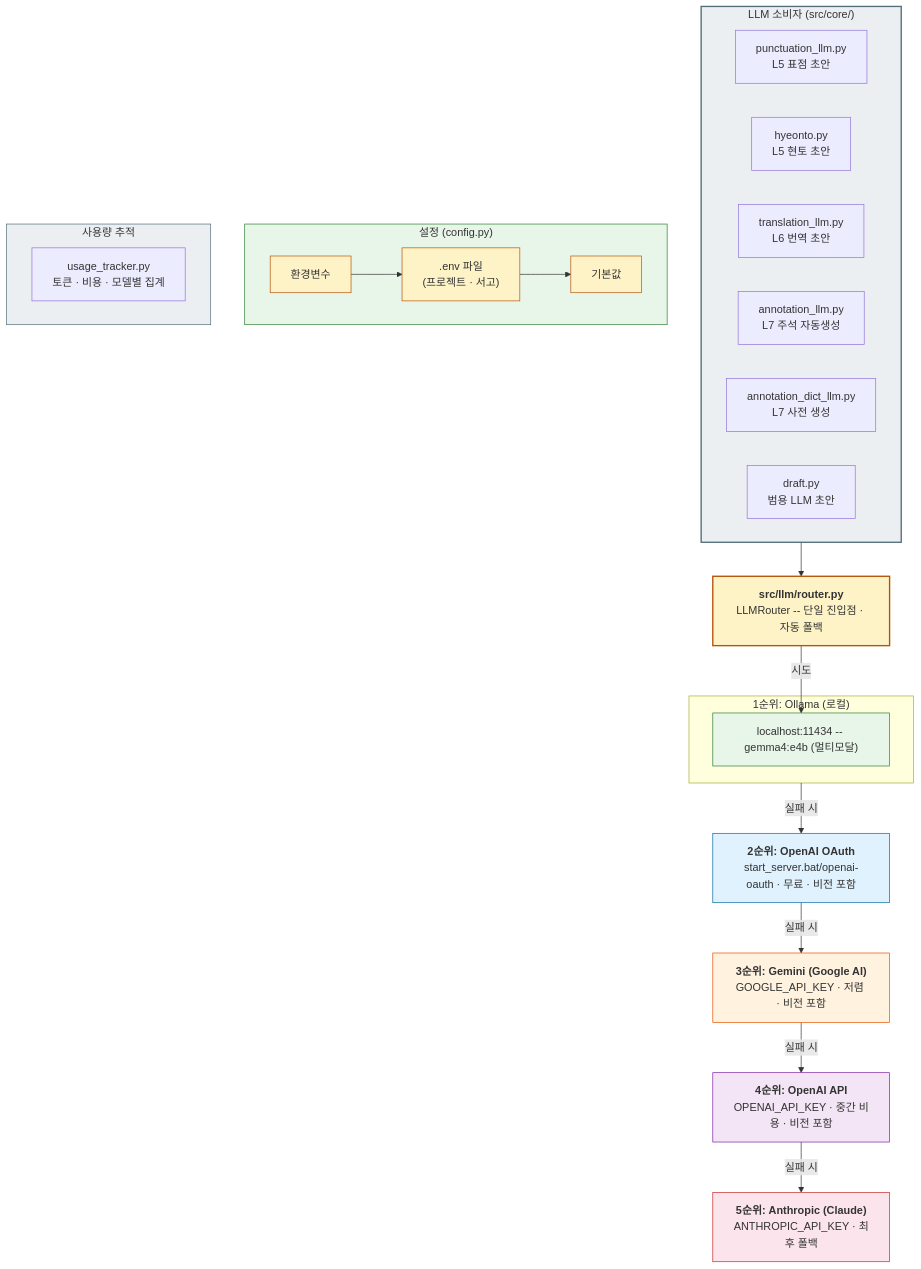
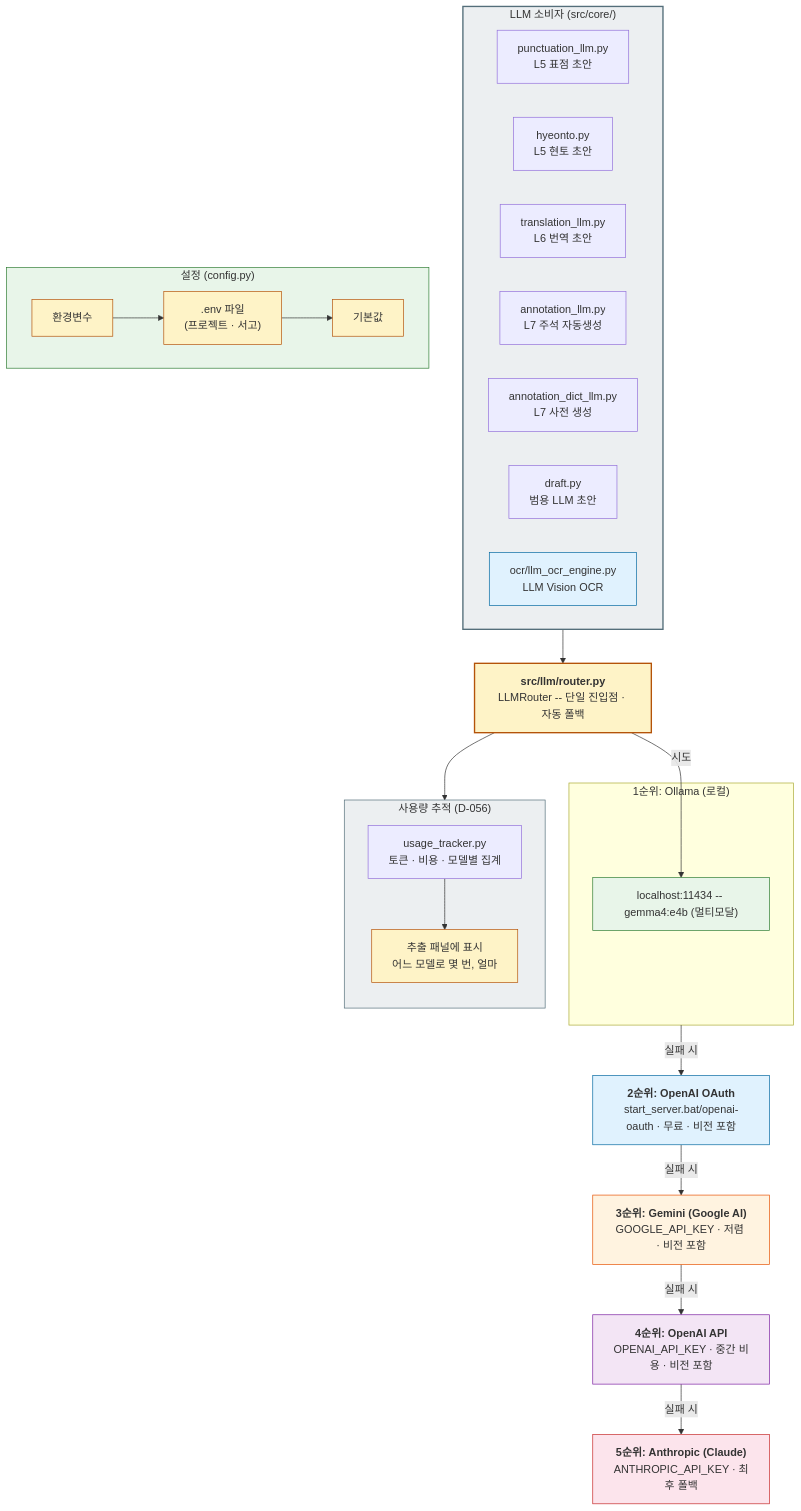
Before and after one commit to hw725/classical-text-browser: the fourth of 13 diagrams in docs/architecture-diagrams.md, drawn with Mermaid. The commit also changed other lines of this file and 4 other files, not shown here.

First line of the commit message:
docs: README를 허브로 개편 + 아키텍처 다이어그램 v1.2.0 갱신

````diff
--- a/docs/architecture-diagrams.md
+++ b/docs/architecture-diagrams.md
@@ -272,55 +325,63 @@
 ```mermaid
 flowchart TB
     ENTRY["<b>src/llm/router.py</b><br/>LLMRouter -- 단일 진입점 · 자동 폴백"]
 
     ENTRY -->|"시도"| TIER1
 
     subgraph TIER1_GROUP["1순위: Ollama (로컬)"]
         TIER1["localhost:11434 -- gemma4:e4b (멀티모달)"]
     end
 
     TIER1_GROUP -->|"실패 시"| TIER2
     TIER2["<b>2순위: OpenAI OAuth</b><br/>start_server.bat/openai-oauth · 무료 · 비전 포함"]
     TIER2 -->|"실패 시"| TIER3
     TIER3["<b>3순위: Gemini (Google AI)</b><br/>GOOGLE_API_KEY · 저렴 · 비전 포함"]
     TIER3 -->|"실패 시"| TIER4
     TIER4["<b>4순위: OpenAI API</b><br/>OPENAI_API_KEY · 중간 비용 · 비전 포함"]
     TIER4 -->|"실패 시"| TIER5
     TIER5["<b>5순위: Anthropic (Claude)</b><br/>ANTHROPIC_API_KEY · 최후 폴백"]
 
     subgraph CONSUMERS["LLM 소비자 (src/core/)"]
         direction LR
         C1["punctuation_llm.py<br/>L5 표점 초안"]
         C2["hyeonto.py<br/>L5 현토 초안"]
         C3["translation_llm.py<br/>L6 번역 초안"]
         C4["annotation_llm.py<br/>L7 주석 자동생성"]
         C5["annotation_dict_llm.py<br/>L7 사전 생성"]
         C6["draft.py<br/>범용 LLM 초안"]
+        C7["ocr/llm_ocr_engine.py<br/>LLM Vision OCR"]
     end
 
     CONSUMERS --> ENTRY
 
     subgraph CONFIG["설정 (config.py)"]
         CF1["환경변수"]
         CF2[".env 파일<br/>(프로젝트 · 서고)"]
         CF3["기본값"]
         CF1 --> CF2 --> CF3
     end
 
-    subgraph USAGE["사용량 추적"]
+    subgraph USAGE["사용량 추적 (D-056)"]
+        direction TB
         UT["usage_tracker.py<br/>토큰 · 비용 · 모델별 집계"]
+        UT2["추출 패널에 표시<br/>어느 모델로 몇 번, 얼마"]
+        UT --> UT2
     end
 
+    ENTRY --> USAGE
+
+    style UT2 fill:#fef3c7,stroke:#b45309
+    style C7 fill:#e0f2fe,stroke:#0369a1
     style ENTRY fill:#fef3c7,stroke:#b45309,stroke-width:2px
     style TIER1 fill:#e8f5e9,stroke:#2e7d32
     style TIER2 fill:#e0f2fe,stroke:#0369a1
     style TIER3 fill:#fff3e0,stroke:#e65100
     style TIER4 fill:#f3e5f5,stroke:#7b1fa2
     style TIER5 fill:#fce4ec,stroke:#c62828
     style CONSUMERS fill:#eceff1,stroke:#546e7a,stroke-width:2px
     style CONFIG fill:#e8f5e9,stroke:#2e7d32
     style CF1 fill:#fef3c7,stroke:#b45309
     style CF2 fill:#fef3c7,stroke:#b45309
     style CF3 fill:#fef3c7,stroke:#b45309
     style USAGE fill:#eceff1,stroke:#546e7a
 ```
````
